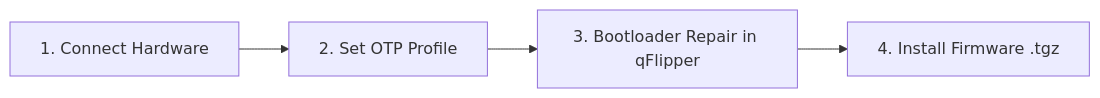
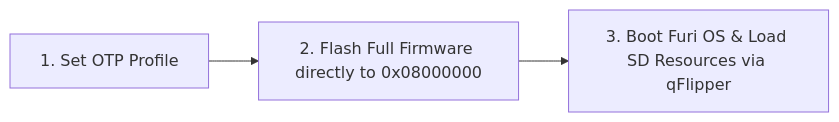
Before and after one commit to AJ60/Flipper_OLED_PCF8574_PN532: the third of 7 diagrams in ReadMe.md, drawn with Mermaid. The commit also changed other lines of this file and 1 other file, not shown here.

````diff
--- a/ReadMe.md
+++ b/ReadMe.md
@@ -417,6 +422,5 @@
 ```mermaid
 graph LR
-    A[1. Connect Hardware] --> B[2. Set OTP Profile]
-    B --> C[3. Bootloader Repair in qFlipper]
-    C --> D[4. Install Firmware .tgz]
+    A[1. Set OTP Profile] --> B[2. Flash Full Firmware directly to 0x08000000]
+    B --> C[3. Boot Furi OS & Load SD Resources via qFlipper]
 ```
````
